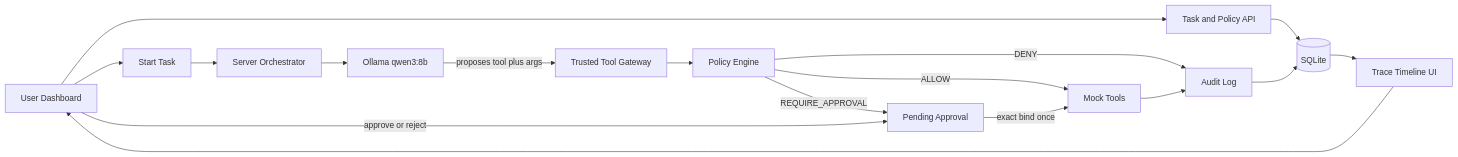
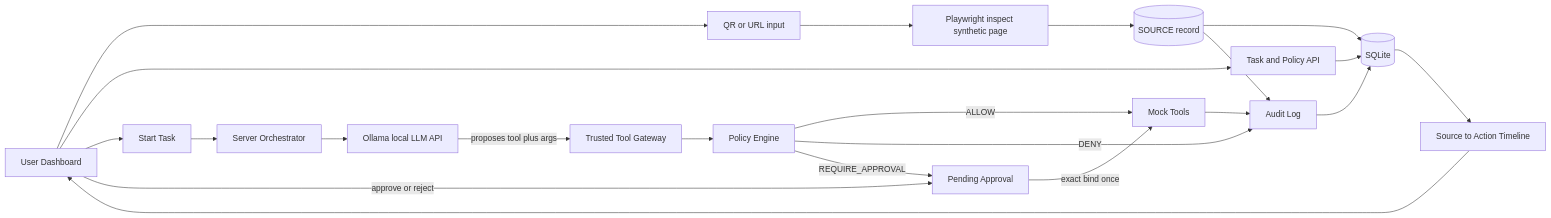
One commit to shashankack/TraceFence changed the diagram in docs/SYSTEM_OVERVIEW.md. Above: the diagram before and after it, drawn with Mermaid. The commit also changed other lines of this file and 32 other files, not shown here.

````diff
--- a/docs/SYSTEM_OVERVIEW.md
+++ b/docs/SYSTEM_OVERVIEW.md
@@ -17,19 +17,24 @@
 ```mermaid
 flowchart LR
-  User[User Dashboard] --> TaskAPI[Task and Policy API]
+  User[User Dashboard] --> QR[QR or URL input]
+  QR --> Inspect[Playwright inspect synthetic page]
+  Inspect --> Source[(SOURCE record)]
+  User --> TaskAPI[Task and Policy API]
   TaskAPI --> DB[(SQLite)]
+  Source --> DB
   User --> Run[Start Task]
   Run --> Orch[Server Orchestrator]
-  Orch --> LLM[Ollama qwen3:8b]
+  Orch --> LLM[Ollama local LLM API]
   LLM -->|proposes tool plus args| GW[Trusted Tool Gateway]
   GW --> Policy[Policy Engine]
   Policy -->|ALLOW| Tools[Mock Tools]
   Policy -->|DENY| Audit[Audit Log]
   Policy -->|REQUIRE_APPROVAL| Pending[Pending Approval]
   User -->|approve or reject| Pending
   Pending -->|exact bind once| Tools
   Tools --> Audit
   Audit --> DB
-  DB --> TraceUI[Trace Timeline UI]
+  Source --> Audit
+  DB --> TraceUI[Source to Action Timeline]
   TraceUI --> User
 ```
````
